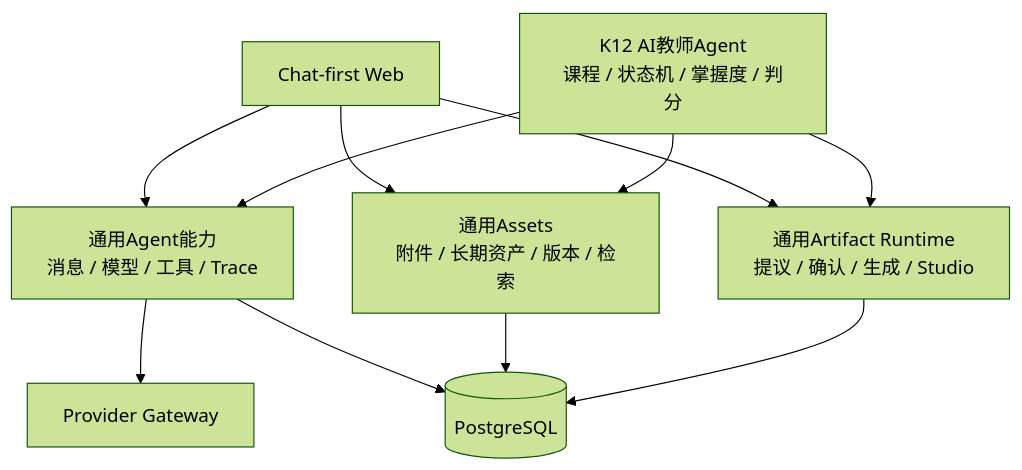
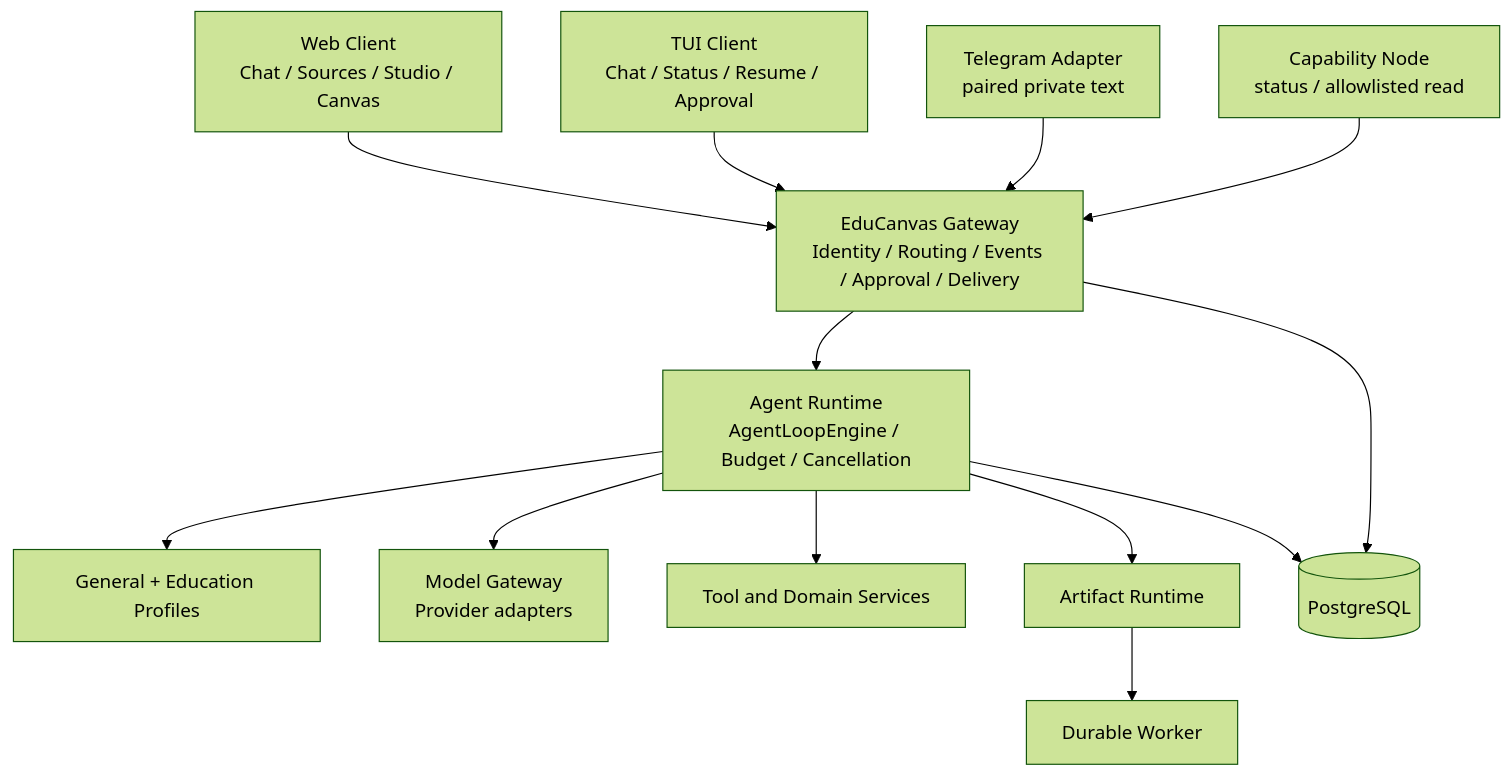
One commit to Timcai06/EduCanvas changed the first of 2 diagrams in docs/02-architecture/system-architecture.md. Above: the diagram before and after it, drawn with Mermaid (forest theme). The commit also changed other lines of this file and 156 other files, not shown here.

Commit message:
完成 Gateway-first 个人 Agent 架构收口 (#85)

````diff
--- a/docs/02-architecture/system-architecture.md
+++ b/docs/02-architecture/system-architecture.md
@@ -20,13 +19,22 @@
 ```mermaid
 flowchart TB
-    web["Chat-first Web"] --> agent["通用Agent能力<br/>消息 / 模型 / 工具 / Trace"]
-    web --> assets["通用Assets<br/>附件 / 长期资产 / 版本 / 检索"]
-    web --> artifacts["通用Artifact Runtime<br/>提议 / 确认 / 生成 / Studio"]
-    k12["K12 AI教师Agent<br/>课程 / 状态机 / 掌握度 / 判分"] --> agent
-    k12 --> assets
-    k12 --> artifacts
-    agent --> gateway["Provider Gateway"]
-    agent --> db[(PostgreSQL)]
-    assets --> db
-    artifacts --> db
+    Web["Web Client\nChat / Sources / Studio / Canvas"]
+    TUI["TUI Client\nChat / Status / Resume / Approval"]
+    Telegram["Telegram Adapter\npaired private text"]
+    Node["Capability Node\nstatus / allowlisted read"]
+
+    Web --> Gateway
+    TUI --> Gateway
+    Telegram --> Gateway
+    Node --> Gateway
+
+    Gateway["EduCanvas Gateway\nIdentity / Routing / Events / Approval / Delivery"]
+    Gateway --> Runtime["Agent Runtime\nAgentLoopEngine / Budget / Cancellation"]
+    Runtime --> Profiles["General + Education Profiles"]
+    Runtime --> Model["Model Gateway\nProvider adapters"]
+    Runtime --> Tools["Tool and Domain Services"]
+    Runtime --> Artifact["Artifact Runtime"]
+    Artifact --> Worker["Durable Worker"]
+    Gateway --> DB[(PostgreSQL)]
+    Runtime --> DB
 ```
````
